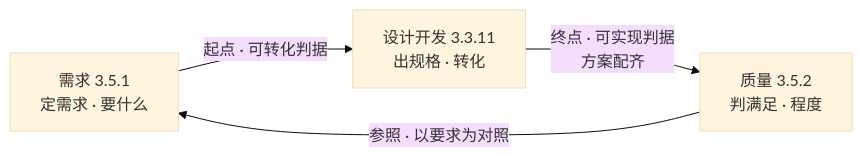
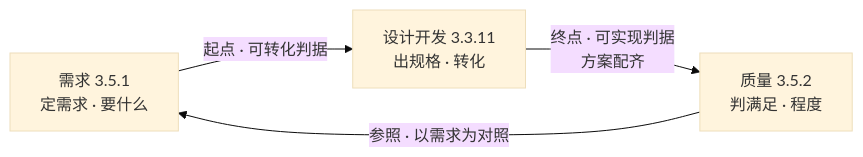
Before and after one commit to Yongjunzhou/AOS-system-design: the diagram in 100-subprojects/01-系统工程研究/03-架构师是个怎样的物种/03-第3章-需求、设计开发、质量-产品开发的图式.md, drawn with Mermaid (base theme). The commit also changed other lines of this file and 8 other files, not shown here.

````diff
--- a/100-subprojects/01-系统工程研究/03-架构师是个怎样的物种/03-第3章-需求、设计开发、质量-产品开发的图式.md
+++ b/100-subprojects/01-系统工程研究/03-架构师是个怎样的物种/03-第3章-需求、设计开发、质量-产品开发的图式.md
@@ -723,9 +727,9 @@
 ```mermaid
 flowchart LR
     R["需求 3.5.1<br/>定需求 · 要什么"]
     D["设计开发 3.3.11<br/>出规格 · 转化"]
     Q["质量 3.5.2<br/>判满足 · 程度"]
     R -->|"起点 · 可转化判据"| D
     D -->|"终点 · 可实现判据<br/>方案配齐"| Q
-    Q -->|"参照 · 以要求为对照"| R
+    Q -->|"参照 · 以需求为对照"| R
 ```
````
